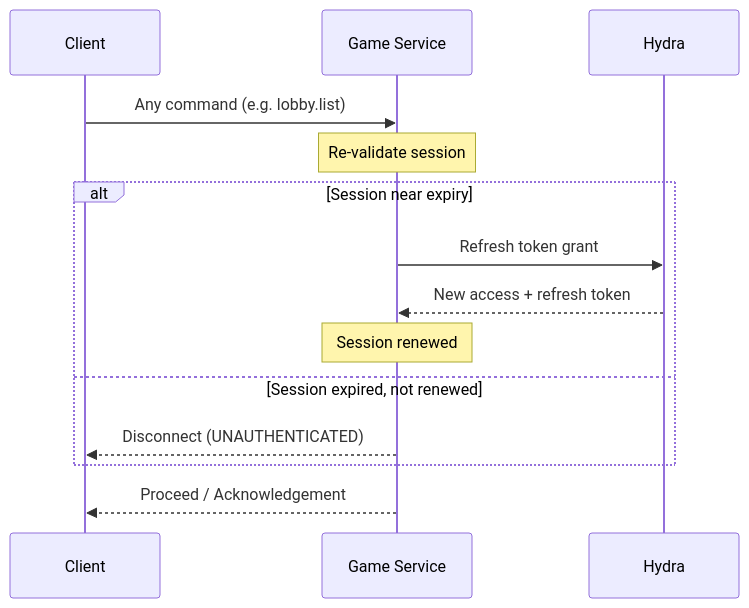
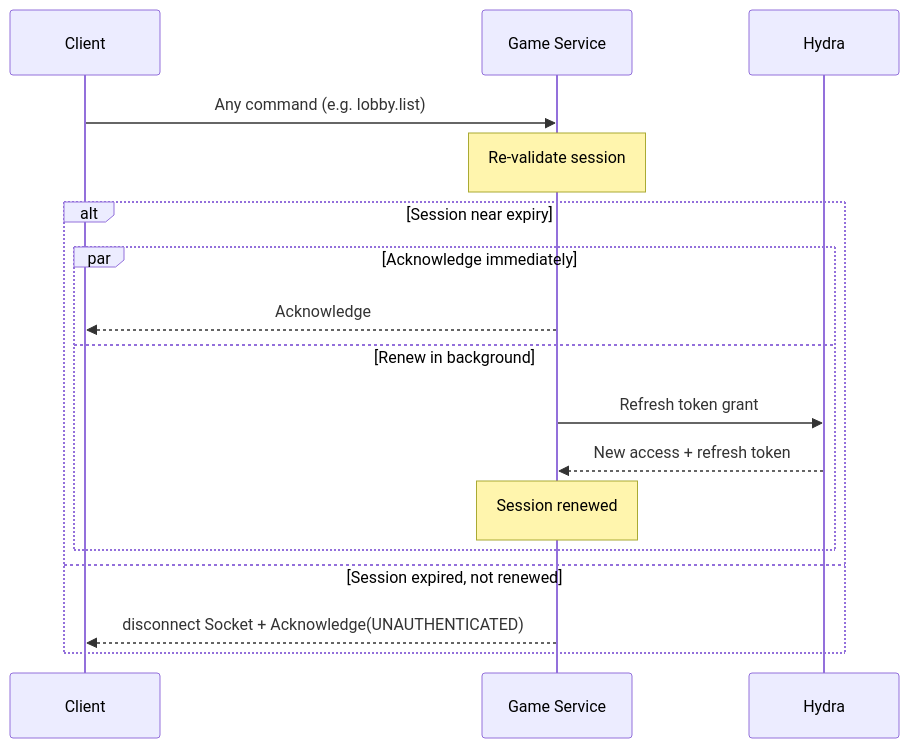
One commit to hananinas/RoboRally changed the diagram in docs/communication/session-renewal.mmd. Above: the diagram before and after it, drawn with Mermaid. The commit also changed 21 other files, not shown here.

```diff
--- a/docs/communication/session-renewal.mmd
+++ b/docs/communication/session-renewal.mmd
@@ -1,15 +1,19 @@
+%%{init: {'sequence': {'noteMargin': 20}}}%%
 sequenceDiagram
     participant Client
     participant Server as Game Service
     participant Hydra
 
     Client->>Server: Any command (e.g. lobby.list)
     Note over Server: Re-validate session
     alt Session near expiry
-        Server->>Hydra: Refresh token grant
-        Hydra-->>Server: New access + refresh token
-        Note over Server: Session renewed
+        par Acknowledge immediately
+            Server-->>Client: Acknowledge
+        and Renew in background
+            Server->>Hydra: Refresh token grant
+            Hydra-->>Server: New access + refresh token
+            Note over Server: Session renewed
+        end
     else Session expired, not renewed
-        Server-->>Client: Disconnect (UNAUTHENTICATED)
+        Server-->>Client: disconnect Socket + Acknowledge(UNAUTHENTICATED)
     end
-    Server-->>Client: Proceed / Acknowledgement
```
